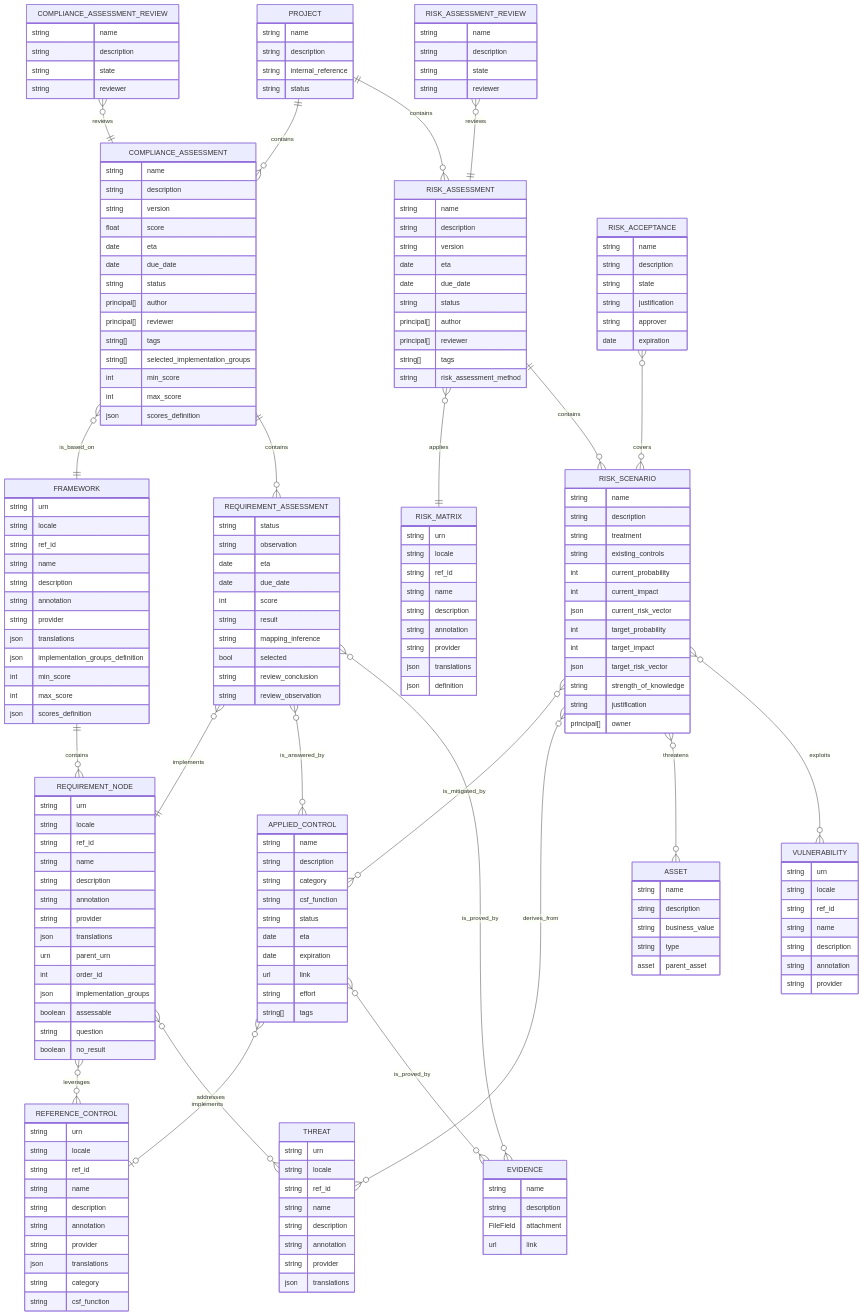
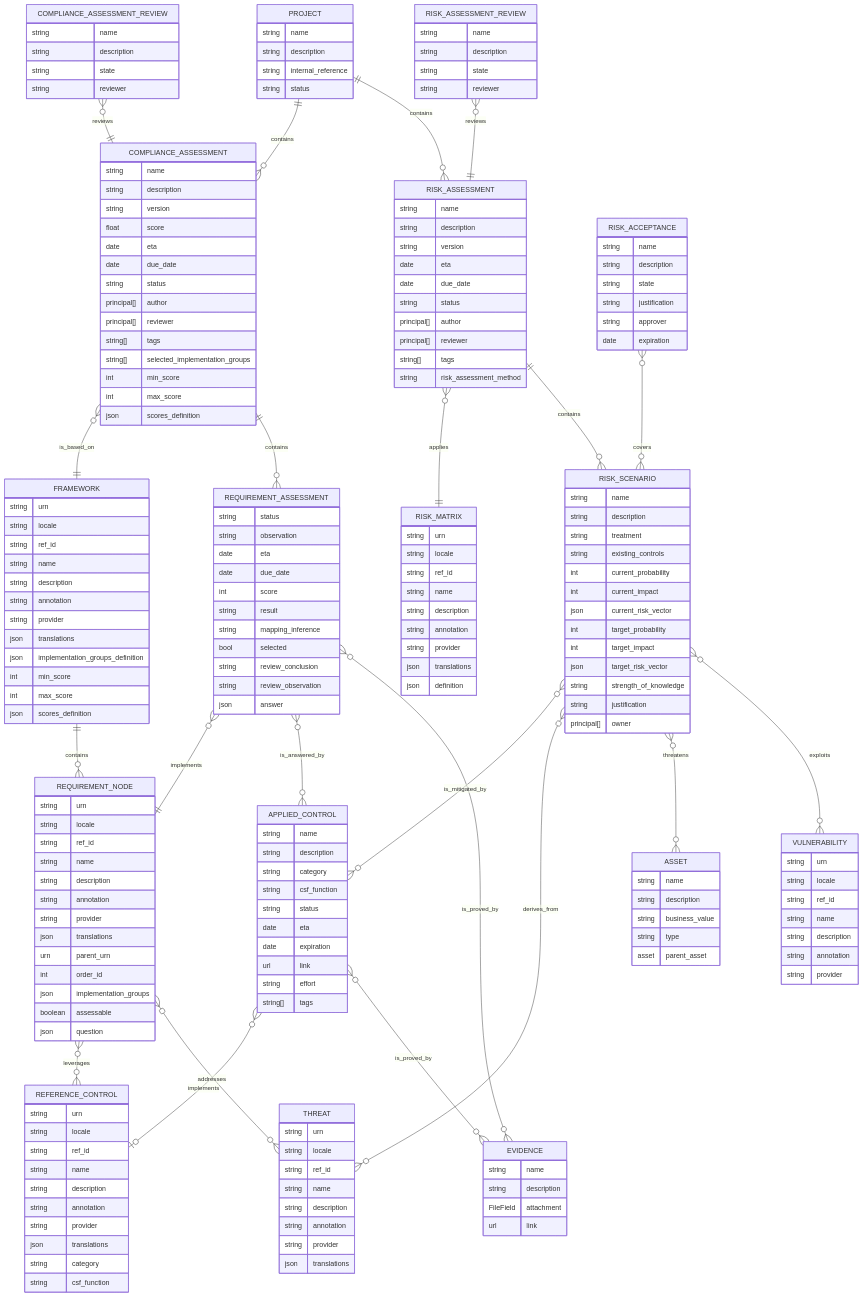
Before and after one commit to intuitem/ciso-assistant-community: the fourth of 10 diagrams in documentation/architecture/data-model.md, drawn with Mermaid. The commit also changed other lines of this file, not shown here.

```diff
--- a/documentation/architecture/data-model.md
+++ b/documentation/architecture/data-model.md
@@ -199,8 +199,7 @@
         int     order_id
         json    implementation_groups
         boolean assessable
-        string  question
-        boolean no_result
+        json    question
     }
 
     REFERENCE_CONTROL {
@@ -242,6 +241,7 @@
         bool   selected
         string review_conclusion
         string review_observation
+        json   answer
     }
 
     EVIDENCE {
```
